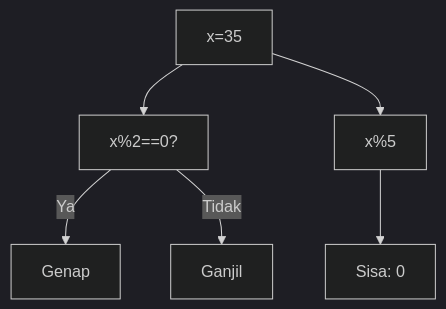
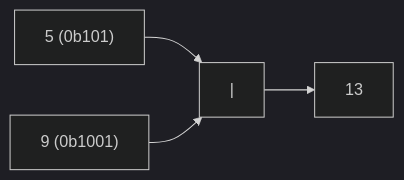
The ninth of 25 diagrams in part-c-pemahaman-cpp/06-bitwise/latihan/set-12.md (amnahwaida/OSNK_INF_PREP), drawn with Mermaid (dark theme) before and after one commit. The commit also changed other lines of this file and 71 other files, not shown here.

````diff
--- a/part-c-pemahaman-cpp/06-bitwise/latihan/set-12.md
+++ b/part-c-pemahaman-cpp/06-bitwise/latihan/set-12.md
@@ -207,8 +232,6 @@
 ```mermaid
-graph TD
-A["x=35"] --> B["x%2==0?"]
-B -- Ya --> C["Genap"]
-B -- Tidak --> D["Ganjil"]
-A --> E["x%5"]
-E --> F["Sisa: 0"]
+graph LR
+A["5 (0b101)"] --> C["|"]
+B["9 (0b1001)"] --> C
+C --> D["13"]
 ```
````
